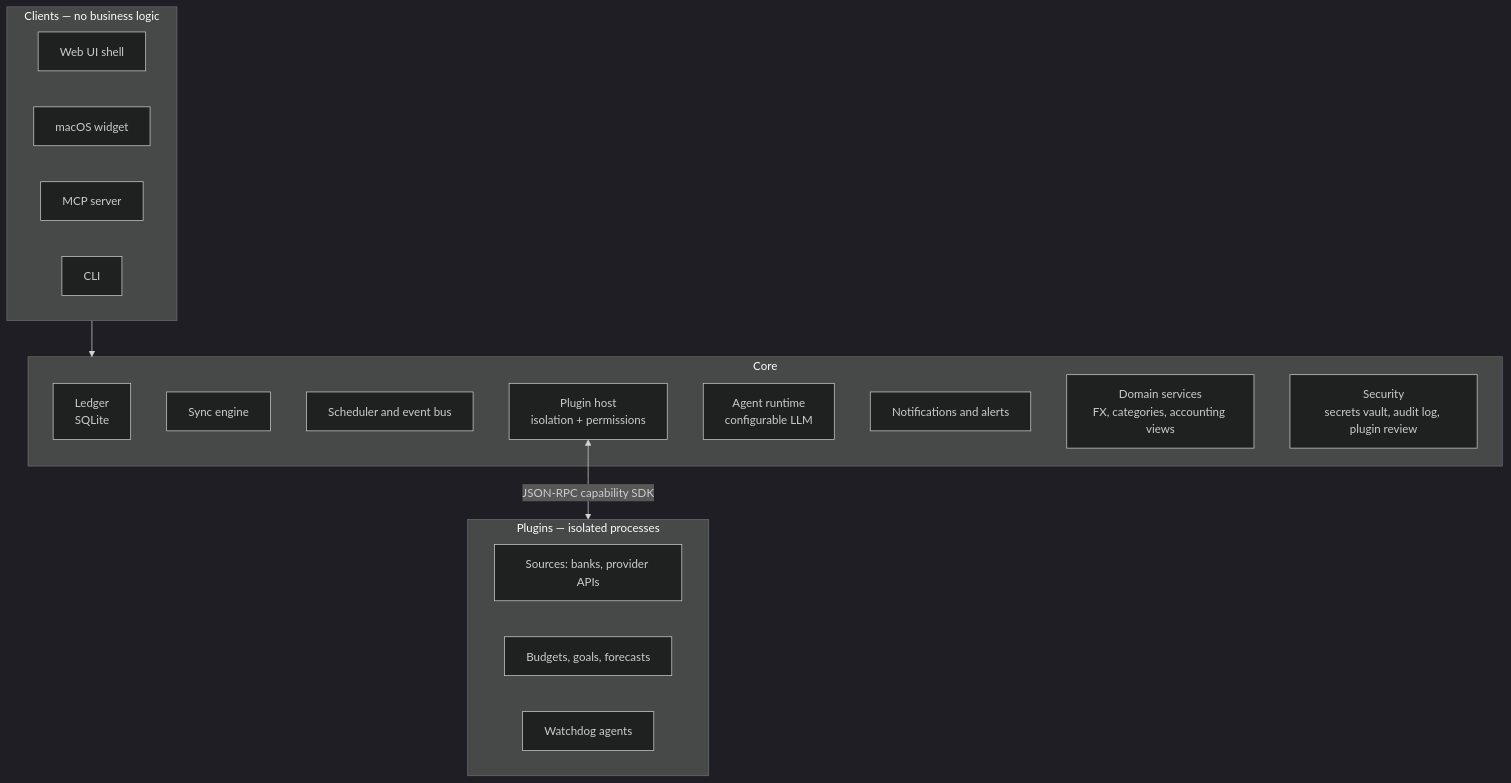
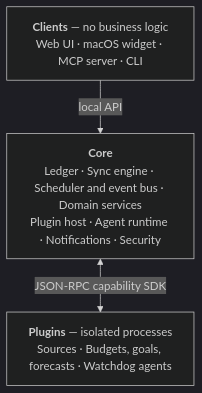
Before and after one commit to cesarzea/caton-ai: the second of 3 diagrams in docs/architecture/README.md, drawn with Mermaid (dark theme). The commit also changed other lines of this file, not shown here.

Commit message:
docs: make the building block view readable (#7)
Replaces the wide eight-box Mermaid diagram, which rendered too small to
read on GitHub, with a three-layer diagram plus a table of core
components and their responsibilities.

````diff
--- a/docs/architecture/README.md
+++ b/docs/architecture/README.md
@@ -60,26 +60,8 @@
 ```mermaid
 flowchart TB
-  subgraph clients[Clients — no business logic]
-    web[Web UI shell]
-    widget[macOS widget]
-    mcp[MCP server]
-    cli[CLI]
-  end
-  subgraph core[Core]
-    ledger[Ledger<br/>SQLite]
-    sync[Sync engine]
-    sched[Scheduler and event bus]
-    host[Plugin host<br/>isolation + permissions]
-    agents[Agent runtime<br/>configurable LLM]
-    notify[Notifications and alerts]
-    domain[Domain services<br/>FX, categories, accounting views]
-    sec[Security<br/>secrets vault, audit log, plugin review]
-  end
-  subgraph plugins[Plugins — isolated processes]
-    sources[Sources: banks, provider APIs]
-    features[Budgets, goals, forecasts]
-    watchdog[Watchdog agents]
-  end
-  clients --> core
-  host <-- JSON-RPC capability SDK --> plugins
+  clients["<b>Clients</b> — no business logic<br/>Web UI · macOS widget · MCP server · CLI"]
+  core["<b>Core</b><br/>Ledger · Sync engine · Scheduler and event bus · Domain services<br/>Plugin host · Agent runtime · Notifications · Security"]
+  plugins["<b>Plugins</b> — isolated processes<br/>Sources · Budgets, goals, forecasts · Watchdog agents"]
+  clients -- local API --> core
+  core <-- JSON-RPC capability SDK --> plugins
 ```
````
